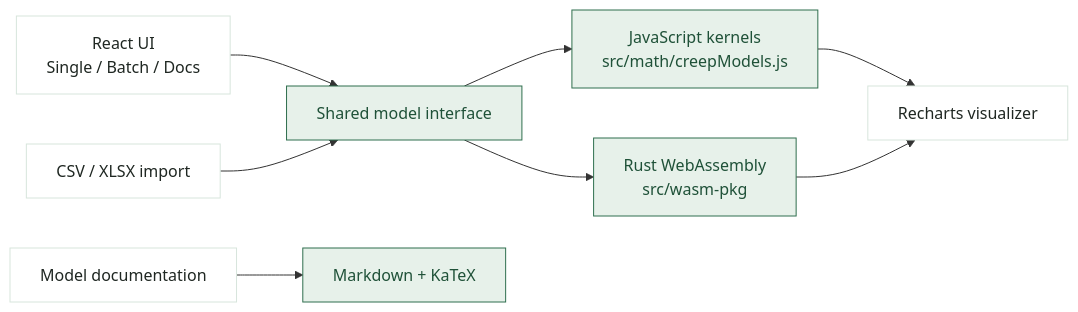
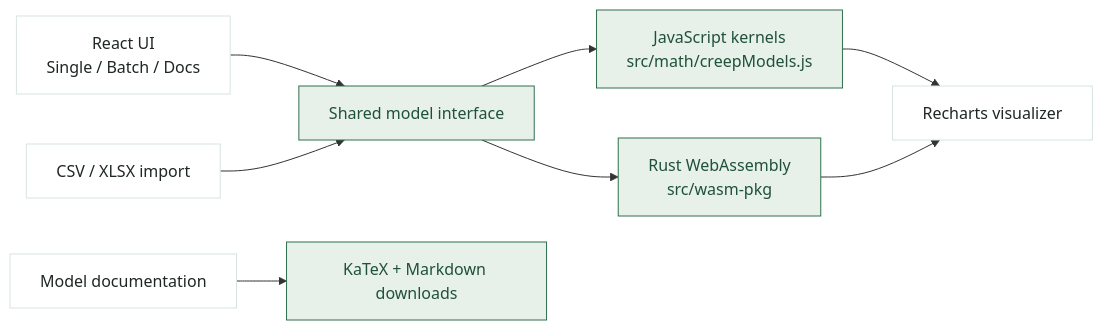
Before and after one commit to halunhaku/creep_cal: the diagram in README.md, drawn with Mermaid. The commit also changed other lines of this file and 36 other files, not shown here.

````diff
--- a/README.md
+++ b/README.md
@@ -68,15 +68,15 @@
 ```mermaid
 flowchart LR
   UI["React UI\nSingle / Batch / Docs"] --> Shared["Shared model interface"]
   Shared --> JS["JavaScript kernels\nsrc/math/creepModels.js"]
   Shared --> WASM["Rust WebAssembly\nsrc/wasm-pkg"]
   Batch["CSV / XLSX import"] --> Shared
   JS --> Viz["Recharts visualizer"]
   WASM --> Viz
-  Docs["Model documentation"] --> Markdown["Markdown + KaTeX"]
+  Docs["Model documentation"] --> Markdown["KaTeX + Markdown downloads"]
 
   classDef surface fill:#ffffff,stroke:#d7e5dc,color:#1f2722
   classDef green fill:#e7f1ea,stroke:#2f6f4e,color:#1f5138
   class UI,Batch,Docs,Viz surface
   class Shared,JS,WASM,Markdown green
 ```
````
